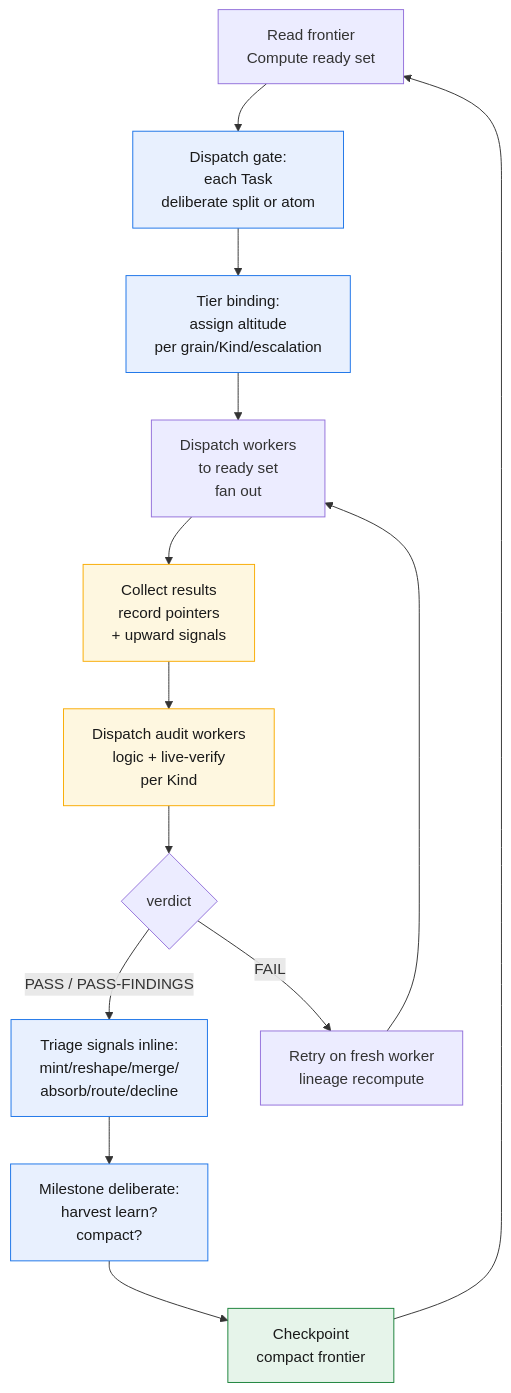
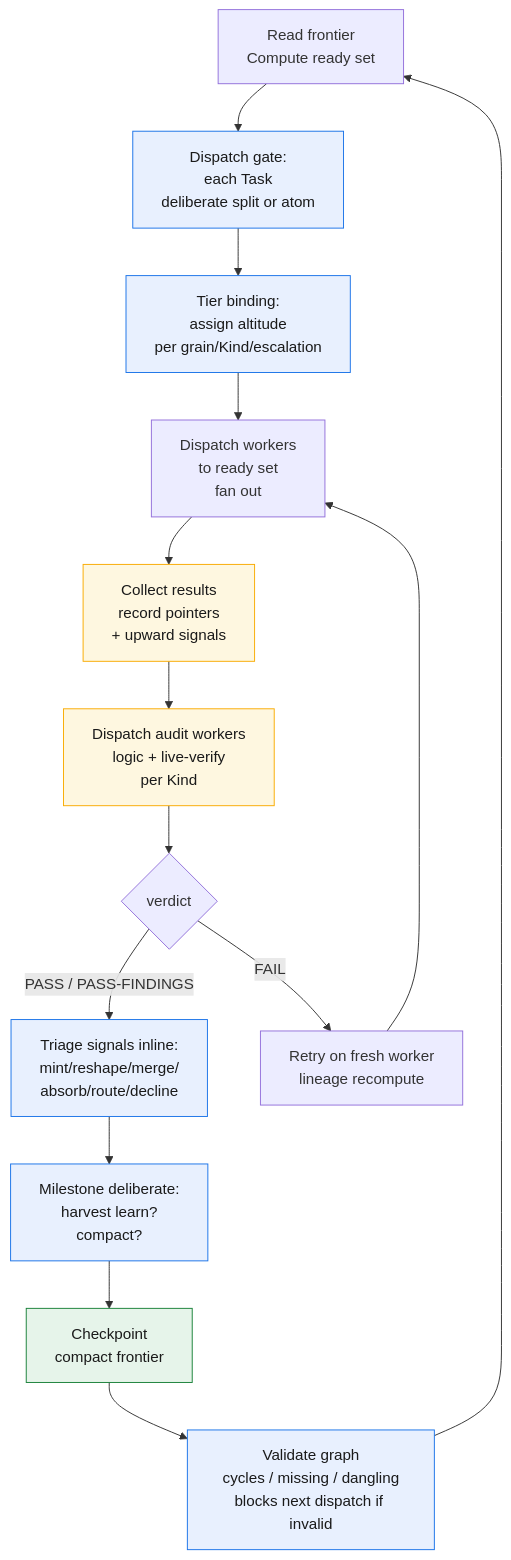
The first of 2 diagrams in docs/04-the-loop.md (RohitDashora/gotm-framework-for-agentic-development), drawn with Mermaid before and after one commit. The commit also changed other lines of this file and 19 other files, not shown here.

First line of the commit message:
GOTM v4.6 — the living dependency graph (graph-engineering + learning-engineering framework) (#9)

````diff
--- a/docs/04-the-loop.md
+++ b/docs/04-the-loop.md
@@ -35,23 +37,25 @@
 ```mermaid
 flowchart TD
     A["Read frontier<br/>Compute ready set"] --> B["Dispatch gate:<br/>each Task<br/>deliberate split or atom"]
     B --> C["Tier binding:<br/>assign altitude<br/>per grain/Kind/escalation"]
     C --> D["Dispatch workers<br/>to ready set<br/>fan out"]
     D --> E["Collect results<br/>record pointers<br/>+ upward signals"]
     E --> F["Dispatch audit workers<br/>logic + live-verify<br/>per Kind"]
     F --> G{verdict}
     G -->|"PASS / PASS-FINDINGS"| H["Triage signals inline:<br/>mint/reshape/merge/<br/>absorb/route/decline"]
     G -->|FAIL| I["Retry on fresh worker<br/>lineage recompute"]
     I --> D
     H --> J["Milestone deliberate:<br/>harvest learn?<br/>compact?"]
     J --> K["Checkpoint<br/>compact frontier"]
-    K --> A
+    K --> V["Validate graph<br/>cycles / missing / dangling<br/>blocks next dispatch if invalid"]
+    V --> A
     
     style B fill:#e8f0fe,stroke:#1a73e8,color:#1a1a1a
     style C fill:#e8f0fe,stroke:#1a73e8,color:#1a1a1a
     style E fill:#fef7e0,stroke:#f9ab00,color:#1a1a1a
     style F fill:#fef7e0,stroke:#f9ab00,color:#1a1a1a
     style H fill:#e8f0fe,stroke:#1a73e8,color:#1a1a1a
     style J fill:#e8f0fe,stroke:#1a73e8,color:#1a1a1a
     style K fill:#e6f4ea,stroke:#188038,color:#1a1a1a
+    style V fill:#e8f0fe,stroke:#1a73e8,color:#1a1a1a
 ```
````
